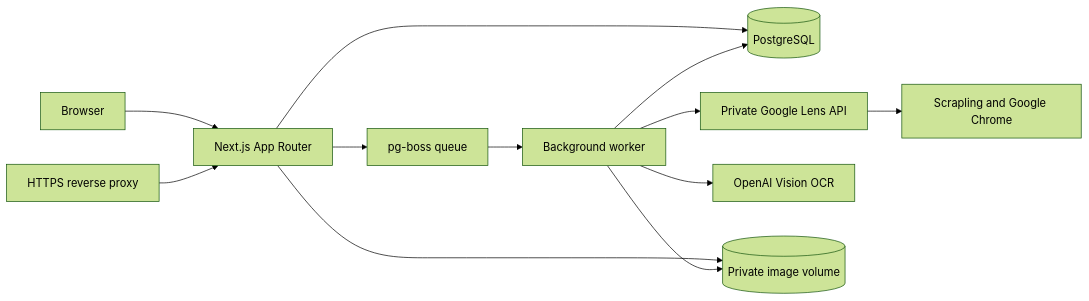
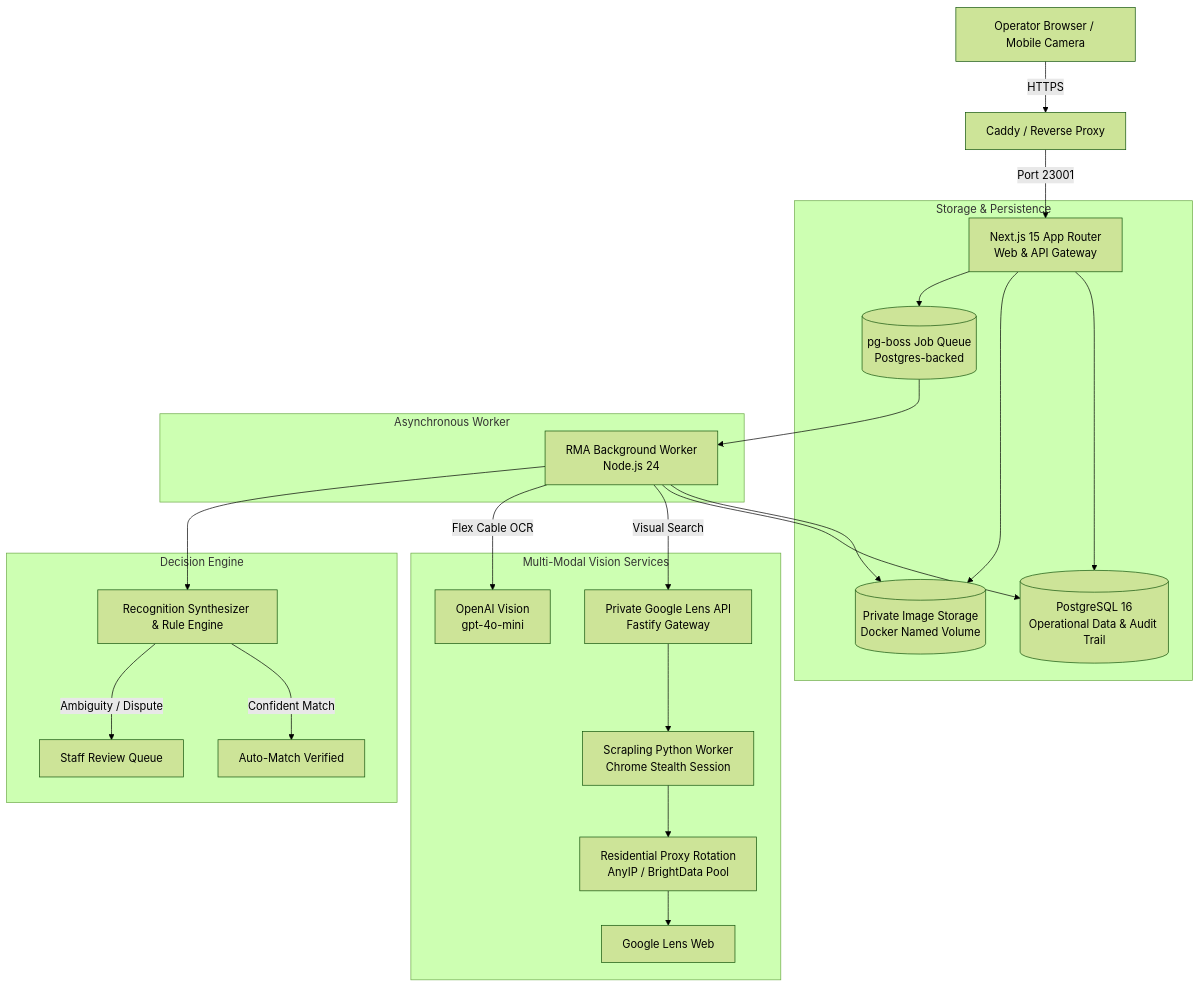
One commit to arslanbasharat-o-o/RMA-System changed the first of 2 diagrams in README.md. Above: the diagram before and after it, drawn with Mermaid (forest theme). The commit also changed other lines of this file and 22 other files, not shown here.

````diff
--- a/README.md
+++ b/README.md
@@ -74,14 +83,32 @@
 ```mermaid
-flowchart LR
-  Browser --> Web[Next.js App Router]
-  Web --> DB[(PostgreSQL)]
-  Web --> Queue[pg-boss queue]
-  Queue --> Worker[Background worker]
-  Worker --> Lens[Private Google Lens API]
-  Lens --> Scrapling[Scrapling and Google Chrome]
-  Worker --> OCR[OpenAI Vision OCR]
-  Worker --> DB
-  Web --> Store[(Private image volume)]
-  Worker --> Store
-  Proxy[HTTPS reverse proxy] --> Web
+flowchart TD
+    Client[Operator Browser / Mobile Camera] -->|HTTPS| Proxy[Caddy / Reverse Proxy]
+    Proxy -->|Port 23001| App[Next.js 15 App Router<br/>Web & API Gateway]
+
+    subgraph Storage & Persistence
+        App --> DB[(PostgreSQL 16<br/>Operational Data & Audit Trail)]
+        App --> Store[(Private Image Storage<br/>Docker Named Volume)]
+        App --> Queue[(pg-boss Job Queue<br/>Postgres-backed)]
+    end
+
+    subgraph Asynchronous Worker
+        Queue --> Worker[RMA Background Worker<br/>Node.js 24]
+        Worker --> Store
+        Worker --> DB
+    end
+
+    subgraph Multi-Modal Vision Services
+        Worker -->|Visual Search| Lens[Private Google Lens API<br/>Fastify Gateway]
+        Lens --> Scrapling[Scrapling Python Worker<br/>Chrome Stealth Session]
+        Scrapling --> ProxyPool[Residential Proxy Rotation<br/>AnyIP / BrightData Pool]
+        ProxyPool --> Google[Google Lens Web]
+
+        Worker -->|Flex Cable OCR| OpenAI[OpenAI Vision<br/>gpt-4o-mini]
+    end
+
+    subgraph Decision Engine
+        Worker --> Engine[Recognition Synthesizer & Rule Engine]
+        Engine -->|Confident Match| AutoVerify[Auto-Match Verified]
+        Engine -->|Ambiguity / Dispute| Triage[Staff Review Queue]
+    end
 ```
````
